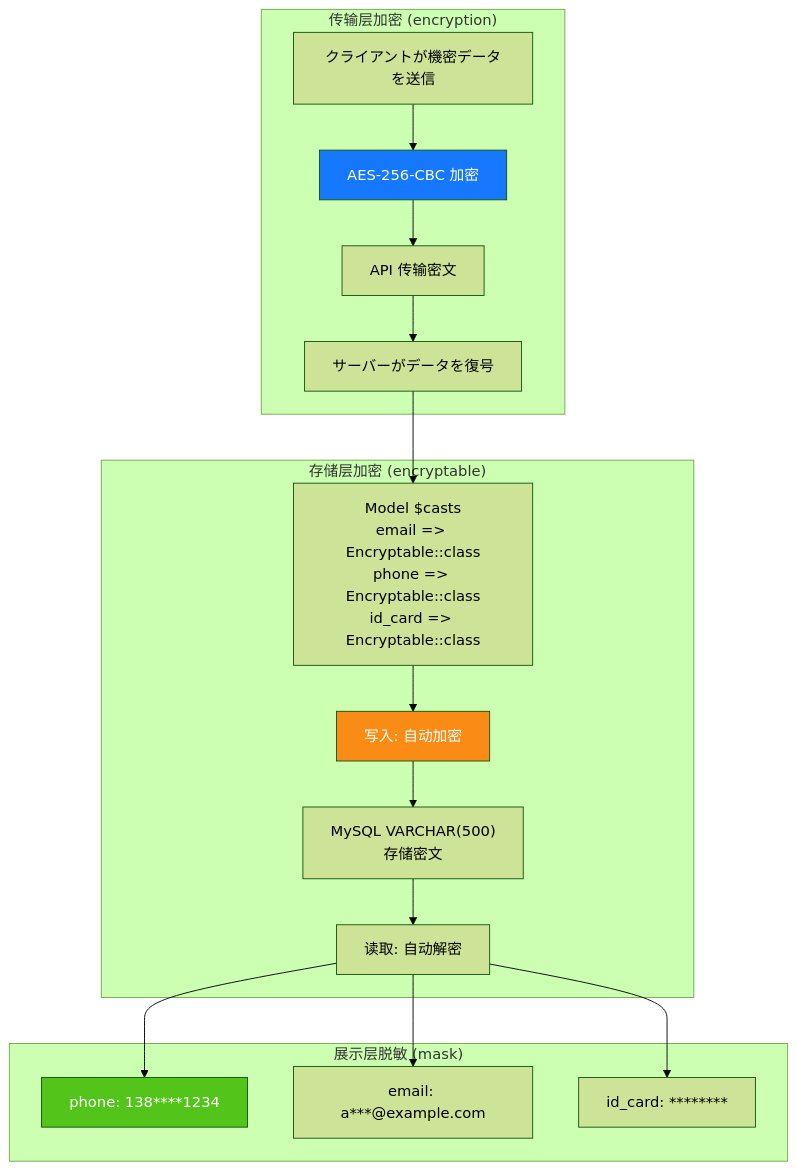
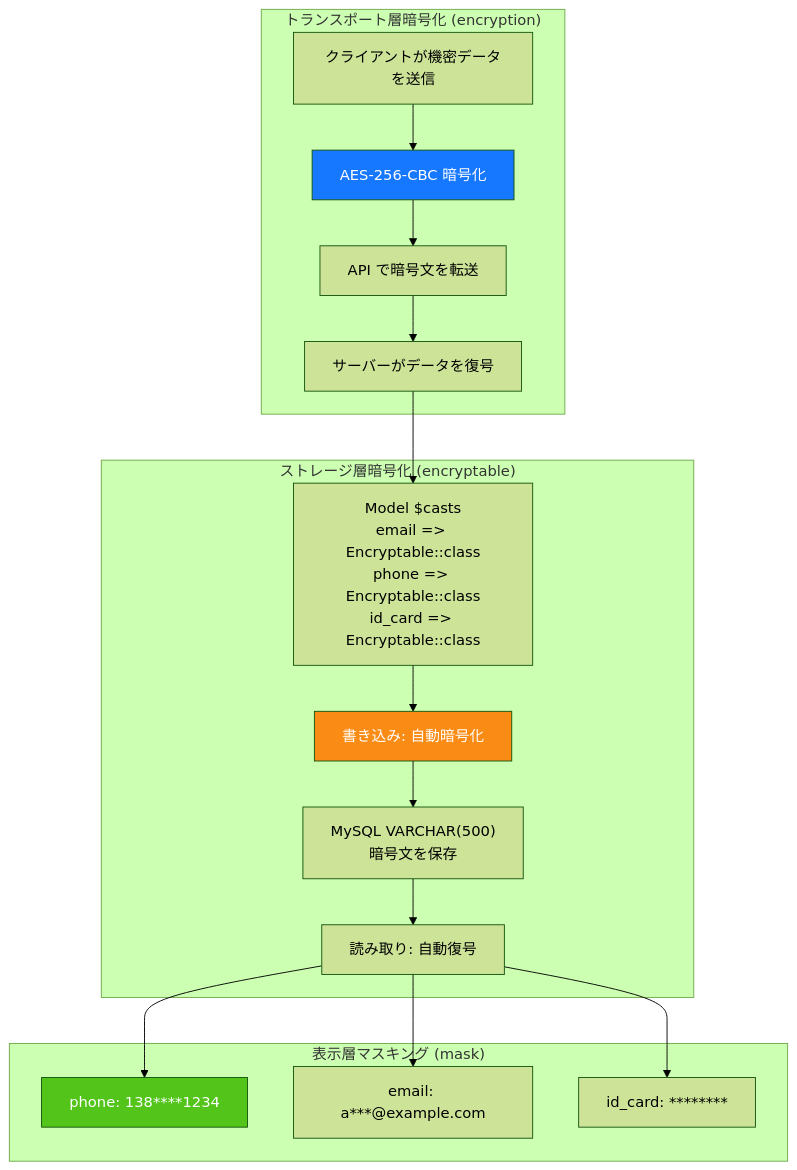
One commit to erikwang2013/game-platform-php changed the eighth of 14 diagrams in admin/docs/ARCHITECTURE.ja.md. Above: the diagram before and after it, drawn with Mermaid (forest theme). The commit also changed other lines of this file and 211 other files, not shown here.

First line of the commit message:
fix: 支付配置读回类型根治、提现事件对账巡检，12 语族 mermaid 与 API 标签本地化

````diff
--- a/admin/docs/ARCHITECTURE.ja.md
+++ b/admin/docs/ARCHITECTURE.ja.md
@@ -397,31 +397,31 @@
 ```mermaid
 flowchart TB
-    subgraph "传输层加密 (encryption)"
+    subgraph "トランスポート層暗号化 (encryption)"
         E1["クライアントが機密データを送信"]
-        E2["AES-256-CBC 加密"]
-        E3["API 传输密文"]
+        E2["AES-256-CBC 暗号化"]
+        E3["API で暗号文を転送"]
         E4["サーバーがデータを復号"]
         E1 --> E2 --> E3 --> E4
     end
 
-    subgraph "存储层加密 (encryptable)"
+    subgraph "ストレージ層暗号化 (encryptable)"
         D1["Model $casts<br/>email => Encryptable::class<br/>phone => Encryptable::class<br/>id_card => Encryptable::class"]
-        D2["写入: 自动加密"]
-        D3["MySQL VARCHAR(500)<br/>存储密文"]
-        D4["读取: 自动解密"]
+        D2["書き込み: 自動暗号化"]
+        D3["MySQL VARCHAR(500)<br/>暗号文を保存"]
+        D4["読み取り: 自動復号"]
         D1 --> D2 --> D3 --> D4
     end
 
-    subgraph "展示层脱敏 (mask)"
+    subgraph "表示層マスキング (mask)"
         M1["phone: 138****1234"]
         M2["email: a***@example.com"]
         M3["id_card: ********"]
         D4 --> M1 & M2 & M3
     end
 
     E4 --> D1
 
     style E2 fill:#1677FF,color:#fff
     style D2 fill:#FA8C16,color:#fff
     style M1 fill:#52C41A,color:#fff
 ```
````
